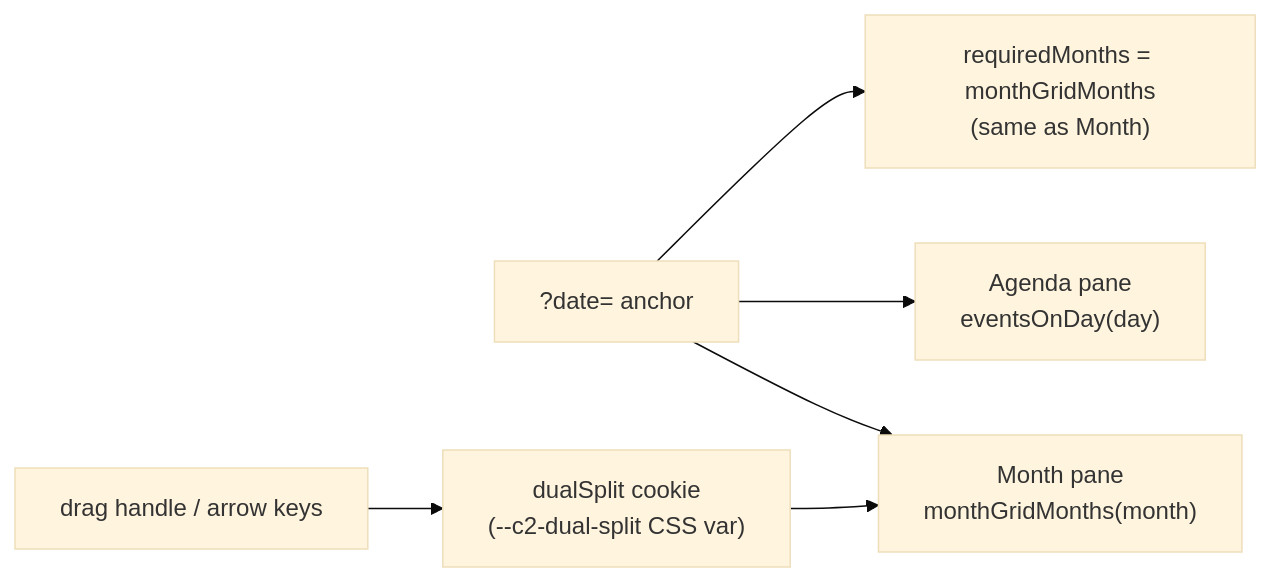
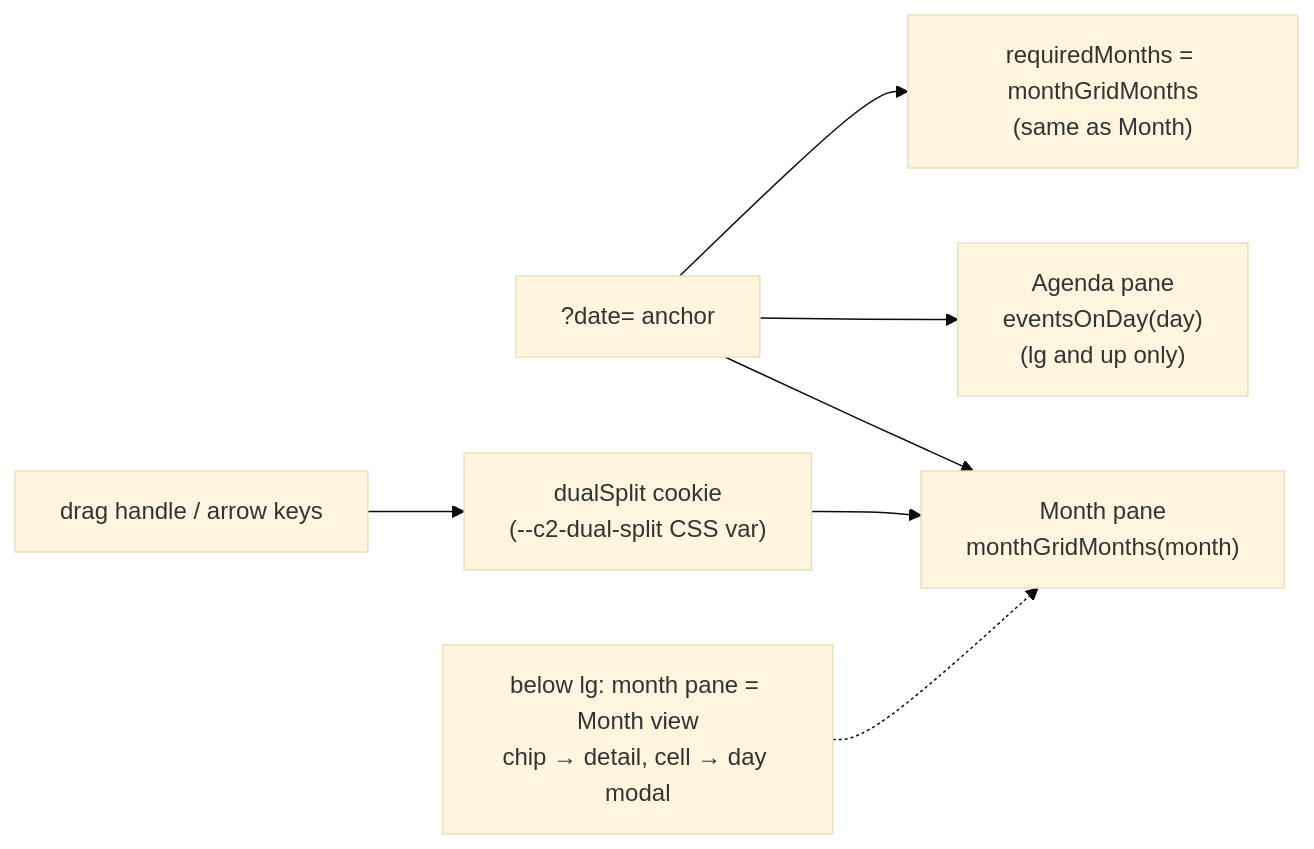
The sixth of 6 diagrams in docs/dashboard-views.md (oncloudnintynineone-source/cloudy2), drawn with Mermaid (base theme) before and after one commit. The commit also changed other lines of this file and 7 other files, not shown here.

Commit message:
Month & Agenda: hide agenda pane below lg, month pane behaves like Month view

````diff
--- a/docs/dashboard-views.md
+++ b/docs/dashboard-views.md
@@ -607,8 +615,9 @@
 ```mermaid
 flowchart LR
  D["?date= anchor"] --> M["Month pane<br/>monthGridMonths(month)"]
- D --> A["Agenda pane<br/>eventsOnDay(day)"]
+ D --> A["Agenda pane<br/>eventsOnDay(day)<br/>(lg and up only)"]
  D --> R["requiredMonths = monthGridMonths<br/>(same as Month)"]
  H["drag handle / arrow keys"] --> S["dualSplit cookie<br/>(--c2-dual-split CSS var)"]
  S --> M
+ N["below lg: month pane = Month view<br/>chip → detail, cell → day modal"] -.-> M
 ```
````
